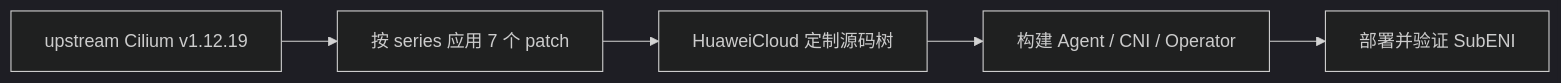
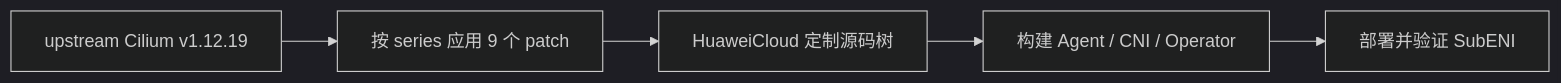
Before and after one commit to lchany/huawei-cilium-plug: the diagram in README.md, drawn with Mermaid (dark theme). The commit also changed other lines of this file and 13 other files, not shown here.

````diff
--- a/README.md
+++ b/README.md
@@ -81,10 +97,10 @@
 ```mermaid
 flowchart LR
     base["upstream Cilium v1.12.19"]
-    patches["按 series 应用 7 个 patch"]
+    patches["按 series 应用 9 个 patch"]
     source["HuaweiCloud 定制源码树"]
     build["构建 Agent / CNI / Operator"]
     deploy["部署并验证 SubENI"]
 
     base --> patches --> source --> build --> deploy
 ```
````
